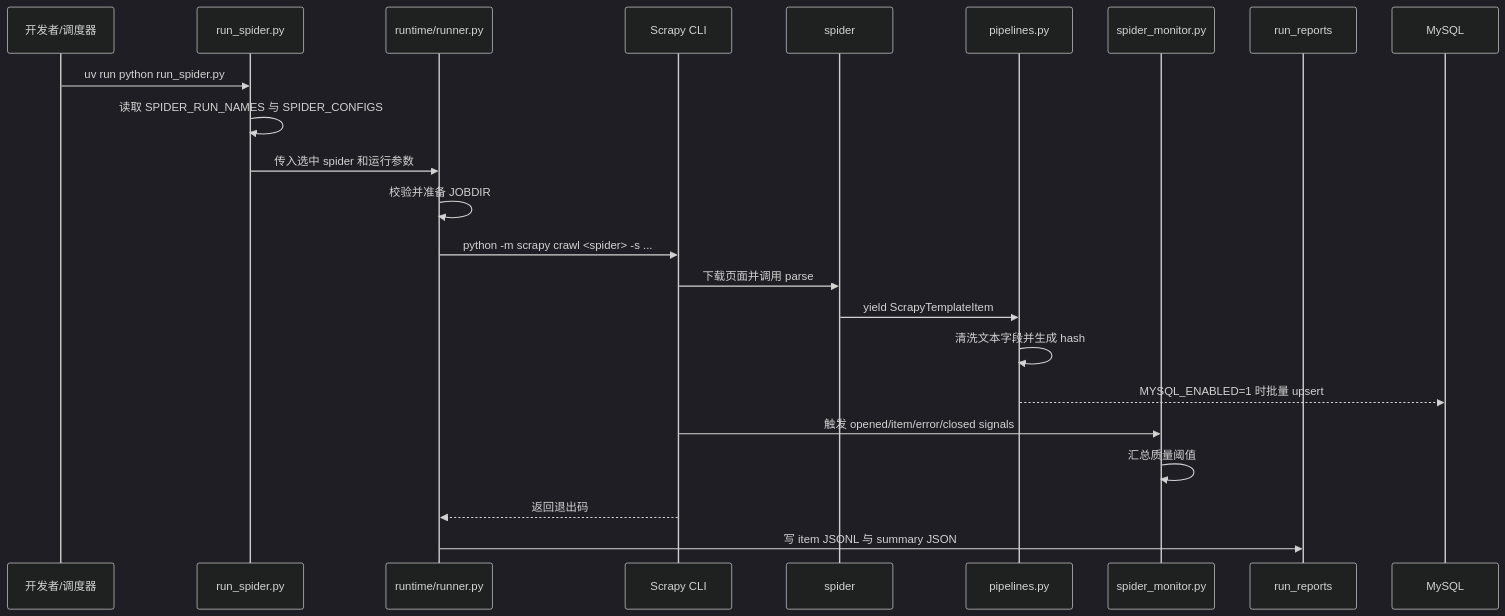
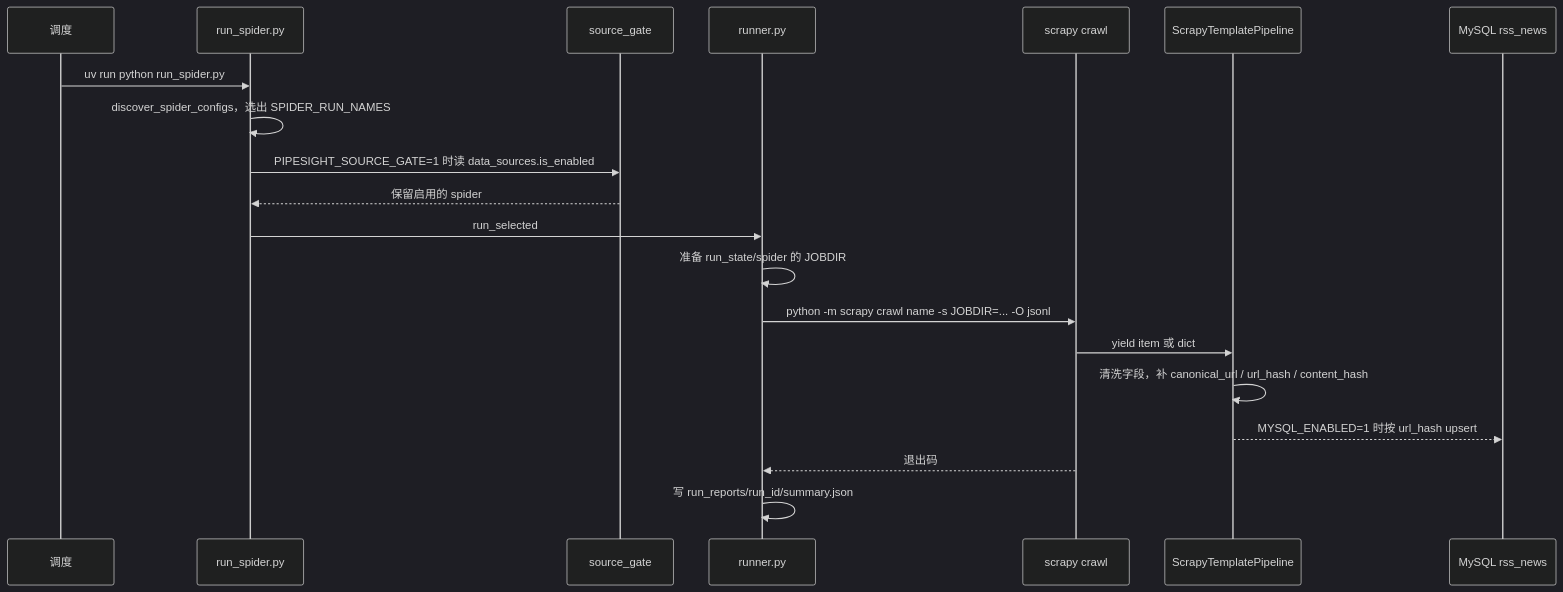
One commit to liuxu6014/news-pipelines changed the second of 2 diagrams in README.md. Above: the diagram before and after it, drawn with Mermaid (dark theme). The commit also changed other lines of this file, not shown here.

````diff
--- a/README.md
+++ b/README.md
@@ -81,26 +98,23 @@
 ```mermaid
 sequenceDiagram
-    participant User as 开发者/调度器
+    participant User as 调度
     participant CLI as run_spider.py
-    participant Runner as runtime/runner.py
-    participant Scrapy as Scrapy CLI
-    participant Spider as spider
-    participant Pipeline as pipelines.py
-    participant Monitor as spider_monitor.py
-    participant Report as run_reports
-    participant DB as MySQL
+    participant Gate as source_gate
+    participant Runner as runner.py
+    participant Scrapy as scrapy crawl
+    participant Pipe as ScrapyTemplatePipeline
+    participant DB as MySQL rss_news
 
     User->>CLI: uv run python run_spider.py
-    CLI->>CLI: 读取 SPIDER_RUN_NAMES 与 SPIDER_CONFIGS
-    CLI->>Runner: 传入选中 spider 和运行参数
-    Runner->>Runner: 校验并准备 JOBDIR
-    Runner->>Scrapy: python -m scrapy crawl <spider> -s ...
-    Scrapy->>Spider: 下载页面并调用 parse
-    Spider->>Pipeline: yield ScrapyTemplateItem
-    Pipeline->>Pipeline: 清洗文本字段并生成 hash
-    Pipeline-->>DB: MYSQL_ENABLED=1 时批量 upsert
-    Scrapy->>Monitor: 触发 opened/item/error/closed signals
-    Monitor->>Monitor: 汇总质量阈值
-    Scrapy-->>Runner: 返回退出码
-    Runner->>Report: 写 item JSONL 与 summary JSON
+    CLI->>CLI: discover_spider_configs，选出 SPIDER_RUN_NAMES
+    CLI->>Gate: PIPESIGHT_SOURCE_GATE=1 时读 data_sources.is_enabled
+    Gate-->>CLI: 保留启用的 spider
+    CLI->>Runner: run_selected
+    Runner->>Runner: 准备 run_state/spider 的 JOBDIR
+    Runner->>Scrapy: python -m scrapy crawl name -s JOBDIR=... -O jsonl
+    Scrapy->>Pipe: yield item 或 dict
+    Pipe->>Pipe: 清洗字段，补 canonical_url / url_hash / content_hash
+    Pipe-->>DB: MYSQL_ENABLED=1 时按 url_hash upsert
+    Scrapy-->>Runner: 退出码
+    Runner->>Runner: 写 run_reports/run_id/summary.json
 ```
````
